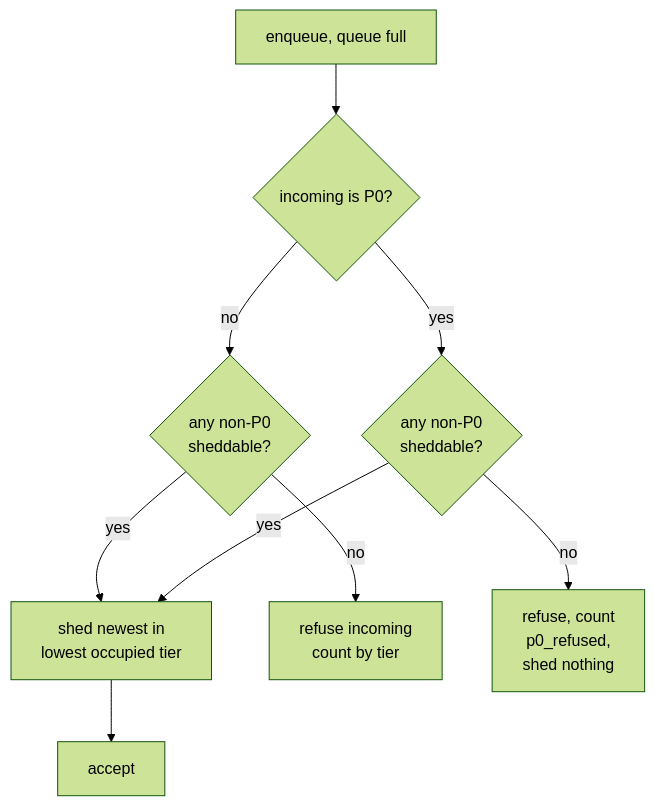
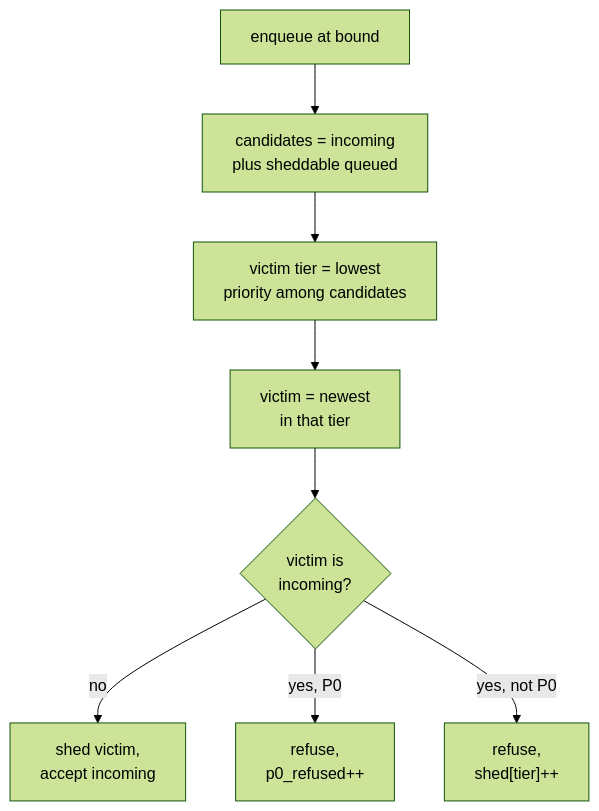
Before and after one commit to TrekLink-Team/treklink-firmware: the third of 4 diagrams in specs/onboard-queue/design.md, drawn with Mermaid (forest theme). The commit also changed other lines of this file and 3 other files, not shown here.

````diff
--- a/specs/onboard-queue/design.md
+++ b/specs/onboard-queue/design.md
@@ -139,11 +135,10 @@
 ```mermaid
 flowchart TB
-    A["enqueue, queue full"] --> B{"incoming is P0?"}
-    B -->|no| C{"any non-P0<br/>sheddable?"}
-    B -->|yes| D{"any non-P0<br/>sheddable?"}
-    C -->|yes| E["shed newest in<br/>lowest occupied tier"]
-    C -->|no| F["refuse incoming<br/>count by tier"]
-    D -->|yes| E
-    D -->|no| G["refuse, count<br/>p0_refused,<br/>shed nothing"]
-    E --> H["accept"]
+    A["enqueue at bound"] --> B["candidates = incoming<br/>plus sheddable queued"]
+    B --> C["victim tier = lowest<br/>priority among candidates"]
+    C --> D["victim = newest<br/>in that tier"]
+    D --> E{"victim is<br/>incoming?"}
+    E -->|no| F["shed victim,<br/>accept incoming"]
+    E -->|yes, P0| G["refuse,<br/>p0_refused++"]
+    E -->|yes, not P0| H["refuse,<br/>shed[tier]++"]
 ```
````
